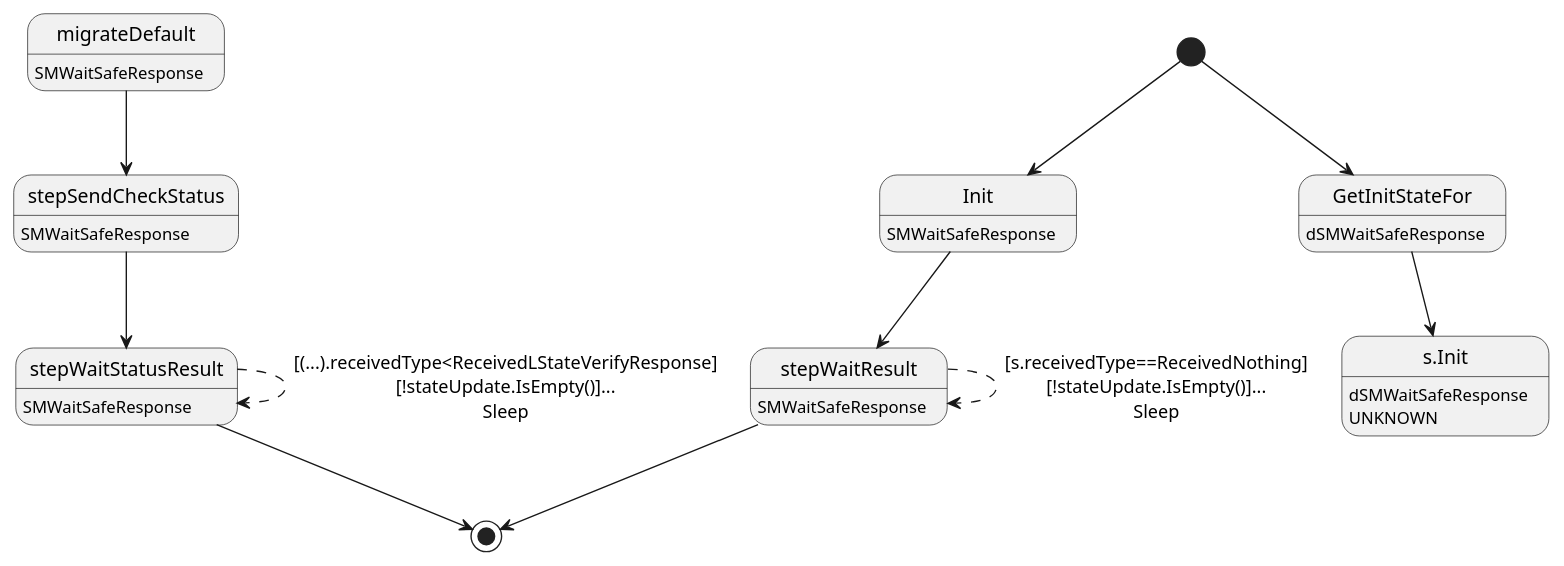
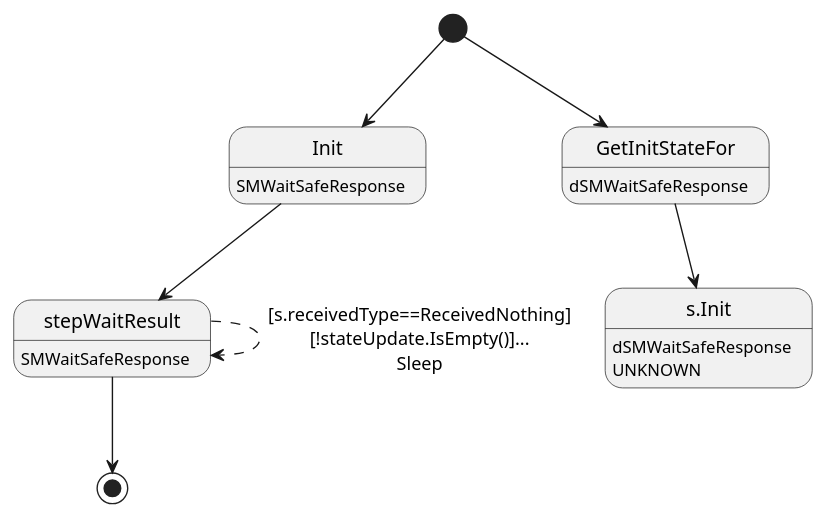
One commit to insolar/assured-ledger changed the diagram in ledger-core/virtual/lmn/register_waitsafe.plantuml. Above: the diagram before and after it, drawn with PlantUML. The commit also changed 1 other file, not shown here.

```diff
--- a/ledger-core/virtual/lmn/register_waitsafe.plantuml
+++ b/ledger-core/virtual/lmn/register_waitsafe.plantuml
@@ -1,27 +1,17 @@
 @startuml
 state "Init" as T01_S001
 T01_S001 : SMWaitSafeResponse
 [*] --> T01_S001
-T01_S001 --> T01_S003
-state "migrateDefault" as T01_S002
+T01_S001 --> T01_S002
+state "stepWaitResult" as T01_S002
 T01_S002 : SMWaitSafeResponse
-T01_S002 --> T01_S004
-state "stepSendCheckStatus" as T01_S004
-T01_S004 : SMWaitSafeResponse
-T01_S004 --> T01_S005
-state "stepWaitResult" as T01_S003
-T01_S003 : SMWaitSafeResponse
-T01_S003 --[dashed]> T01_S003 : [s.receivedType==ReceivedNothing]\n[!stateUpdate.IsEmpty()]...\nSleep
-T01_S003 --> [*]
-state "stepWaitStatusResult" as T01_S005
-T01_S005 : SMWaitSafeResponse
-T01_S005 --[dashed]> T01_S005 : [(...).receivedType<ReceivedLStateVerifyResponse]\n[!stateUpdate.IsEmpty()]...\nSleep
-T01_S005 --> [*]
+T01_S002 --[dashed]> T01_S002 : [s.receivedType==ReceivedNothing]\n[!stateUpdate.IsEmpty()]...\nSleep
+T01_S002 --> [*]
 state "GetInitStateFor" as T00_S001
 T00_S001 : dSMWaitSafeResponse
 [*] --> T00_S001
 state "s.Init" as T00_U001
 T00_U001 : dSMWaitSafeResponse
 T00_U001 : UNKNOWN 
 T00_S001 --> T00_U001
 @enduml
```
